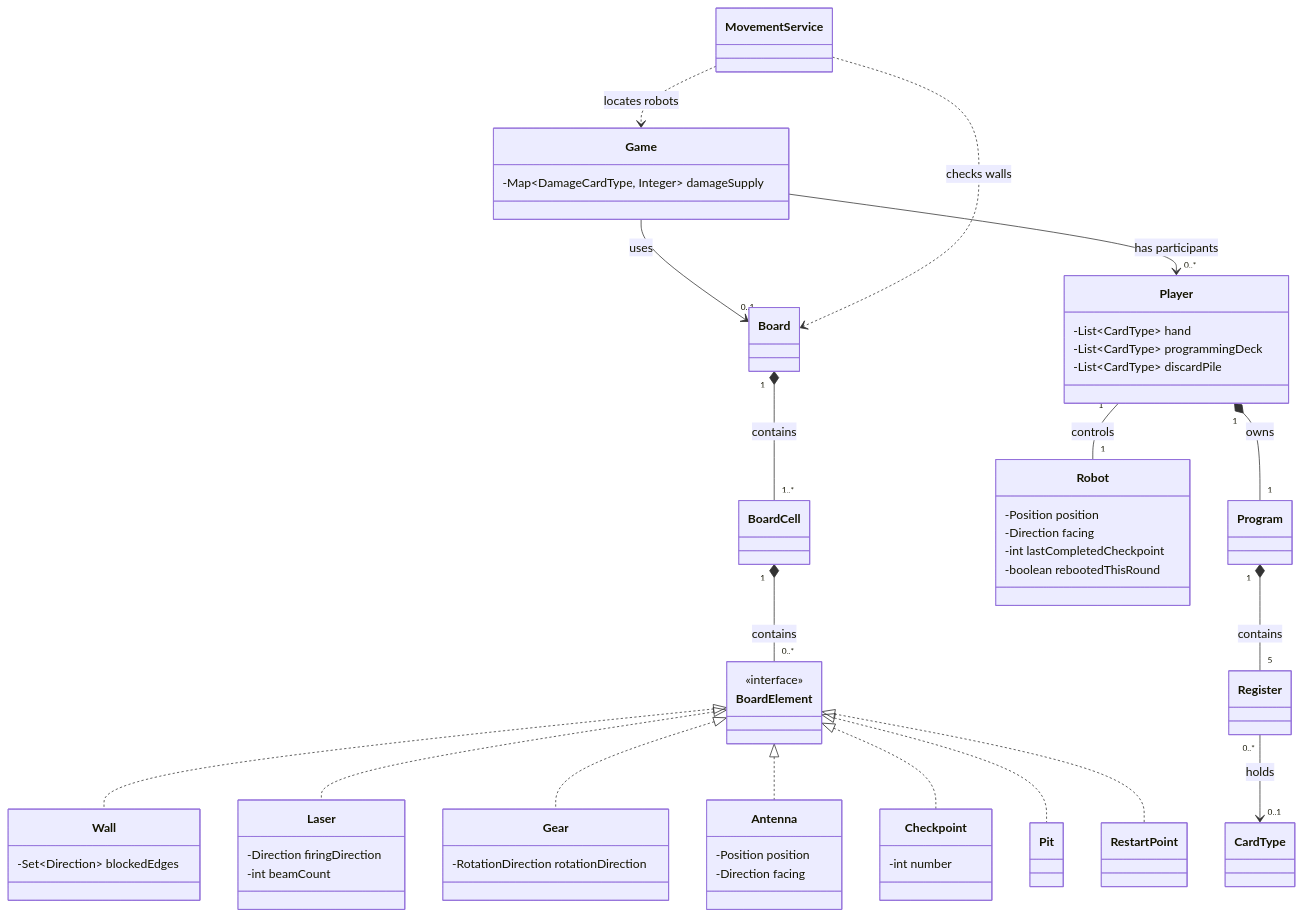
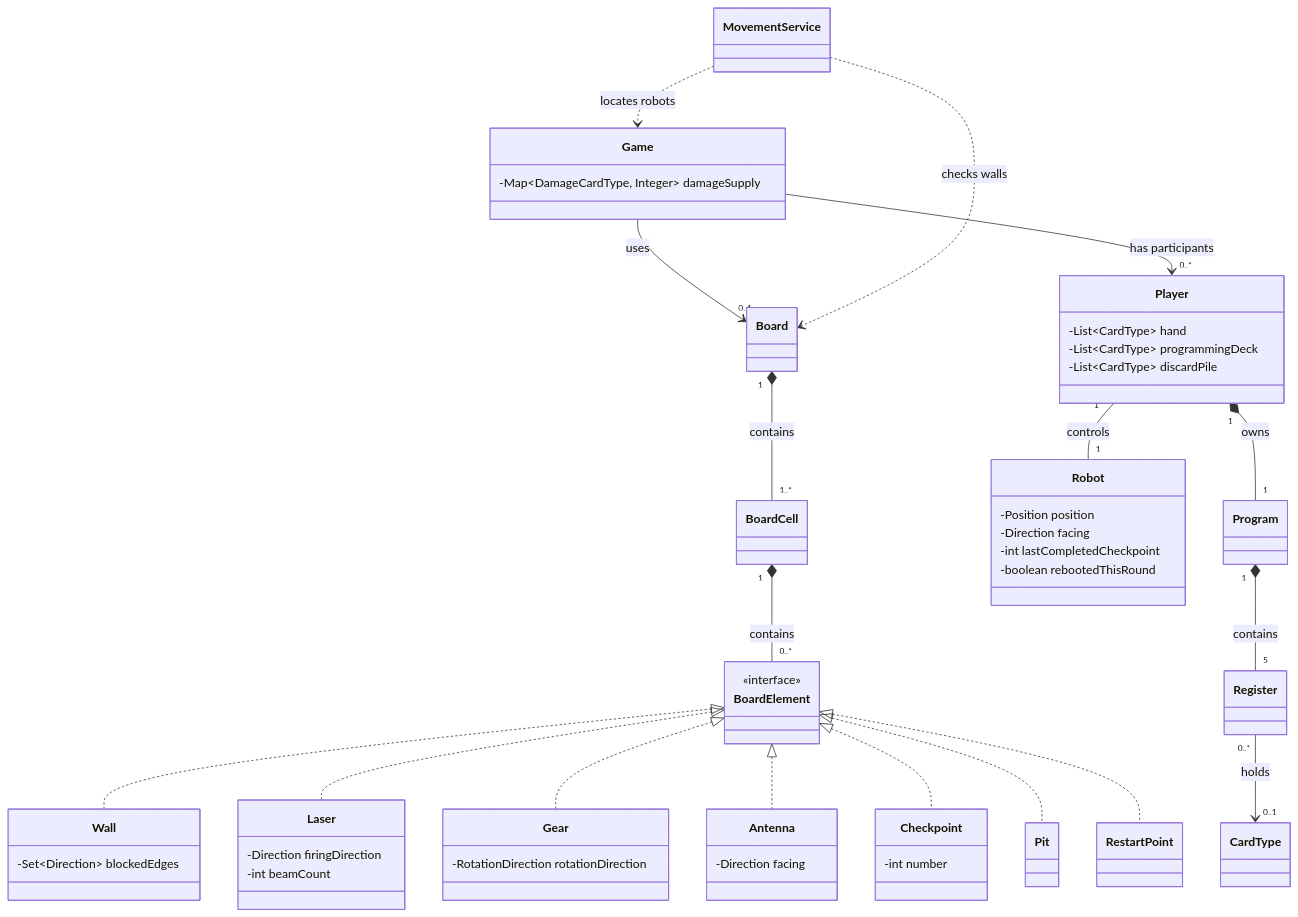
One commit to hakanmtn/roborally-java changed the diagram in docs/domain-model-diagram.md. Above: the diagram before and after it, drawn with Mermaid. The commit also changed 28 other files, not shown here.

````diff
--- a/docs/domain-model-diagram.md
+++ b/docs/domain-model-diagram.md
@@ -3,46 +3,45 @@
 ```mermaid
 classDiagram
     Program "1" *-- "5" Register : contains
     Player "1" -- "1" Robot : controls
     Board "1" *-- "1..*" BoardCell : contains
     BoardCell "1" *-- "0..*" BoardElement : contains
     class BoardElement {
         <<interface>>
     }
     BoardElement <|.. Wall
     BoardElement <|.. Laser
     BoardElement <|.. Gear
 
     Register "0..*" --> "0..1" CardType : holds
     Game --> "0..*" Player : has participants
     Player "1" *-- "1" Program : owns
     Player : -List~CardType~ hand
     Player : -List~CardType~ programmingDeck
     Player : -List~CardType~ discardPile
 
     Game --> "0..1" Board : uses
     Robot : -Position position
     Robot : -Direction facing
 
     Wall : -Set~Direction~ blockedEdges
 
     Laser : -Direction firingDirection
     Laser : -int beamCount
 
     Gear : -RotationDirection rotationDirection
     BoardElement <|.. Antenna
-    Antenna : -Position position
     Antenna : -Direction facing
 
     BoardElement <|.. Checkpoint
     BoardElement <|.. Pit
     BoardElement <|.. RestartPoint
     Checkpoint : -int number
     Robot : -int lastCompletedCheckpoint
     Robot : -boolean rebootedThisRound
 
     Game : -Map~DamageCardType, Integer~ damageSupply
 
     MovementService ..> Board : checks walls
     MovementService ..> Game : locates robots
 ```
````
